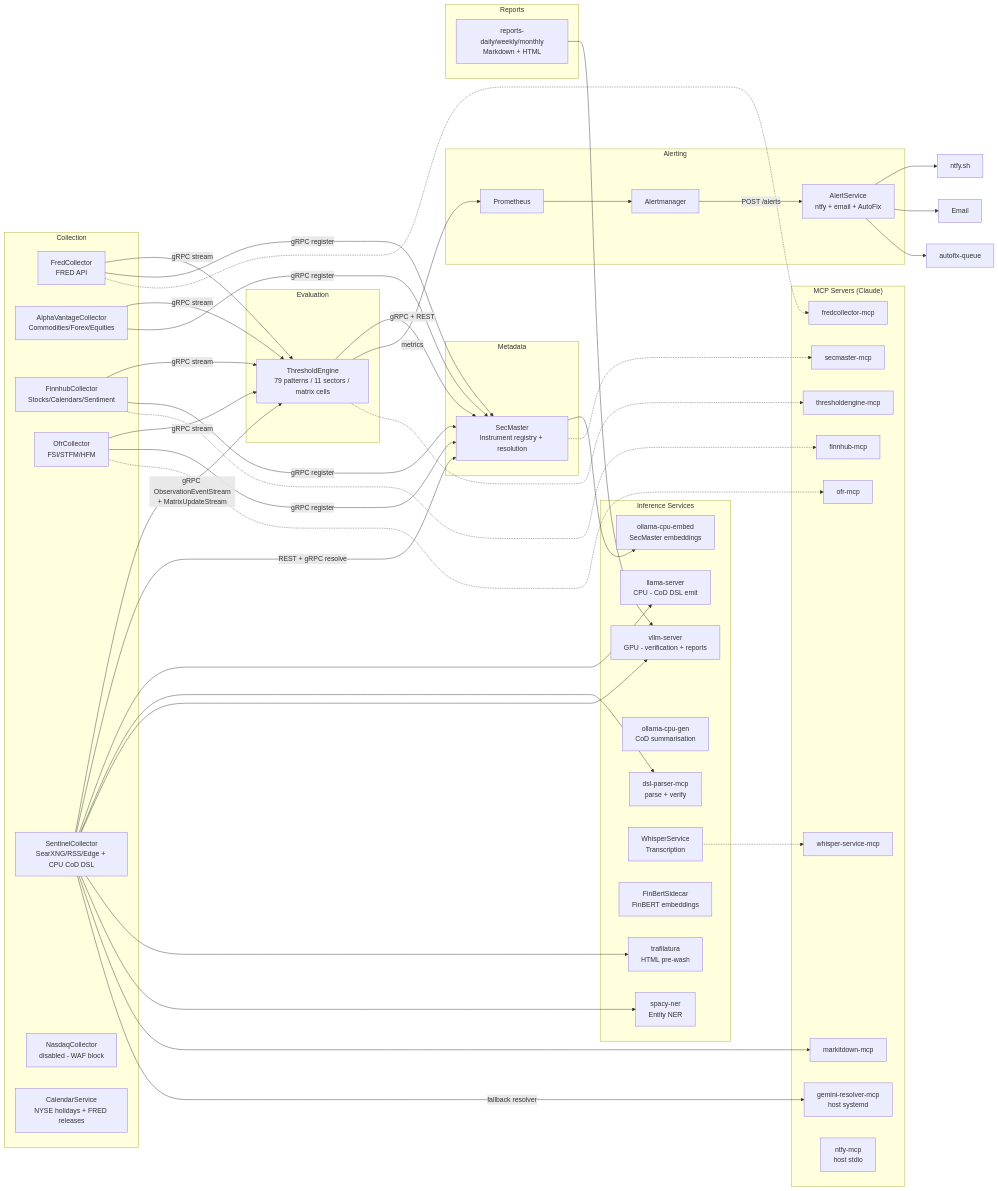
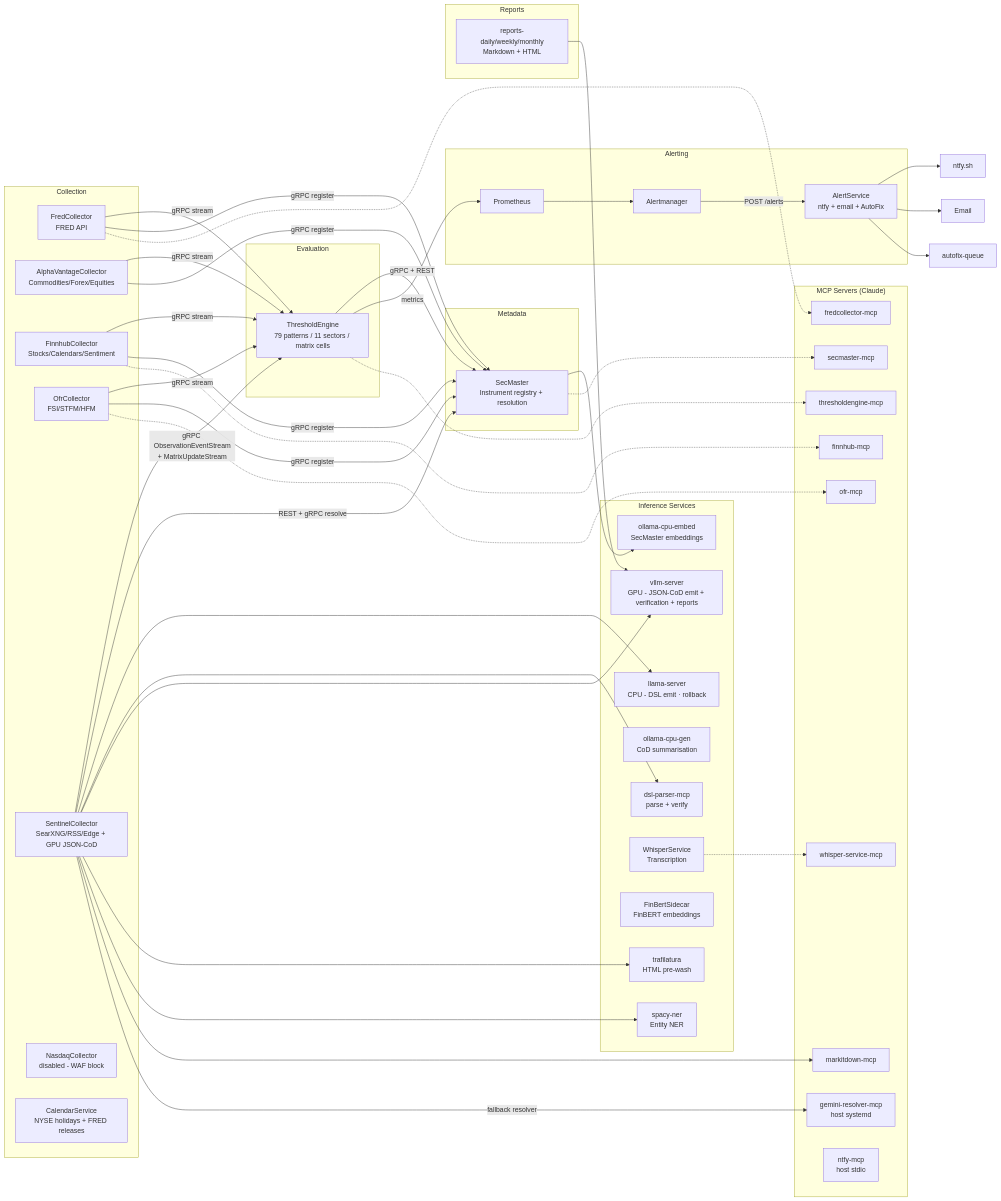
The first of 5 diagrams in docs/ARCHITECTURE.md (jpansarasa/ATLAS-Docs), drawn with Mermaid before and after one commit. The commit also changed other lines of this file and 5 other files, not shown here.

```diff
--- a/docs/ARCHITECTURE.md
+++ b/docs/ARCHITECTURE.md
@@ -11,7 +11,7 @@
         AV[AlphaVantageCollector<br/>Commodities/Forex/Equities]
         FH[FinnhubCollector<br/>Stocks/Calendars/Sentiment]
         OFR[OfrCollector<br/>FSI/STFM/HFM]
-        SC[SentinelCollector<br/>SearXNG/RSS/Edge + CPU CoD DSL]
+        SC[SentinelCollector<br/>SearXNG/RSS/Edge + GPU JSON-CoD]
         ND[NasdaqCollector<br/>disabled - WAF block]
         CS[CalendarService<br/>NYSE holidays + FRED releases]
     end
@@ -31,9 +31,9 @@
     end
 
     subgraph AI["Inference Services"]
-        LS[llama-server<br/>CPU - CoD DSL emit]
+        VLLM[vllm-server<br/>GPU - JSON-CoD emit + verification + reports]
         DSL[dsl-parser-mcp<br/>parse + verify]
-        VLLM[vllm-server<br/>GPU - verification + reports]
+        LS[llama-server<br/>CPU - DSL emit · rollback]
         OG[ollama-cpu-gen<br/>CoD summarisation]
         OE[ollama-cpu-embed<br/>SecMaster embeddings]
         WS[WhisperService<br/>Transcription]
```
